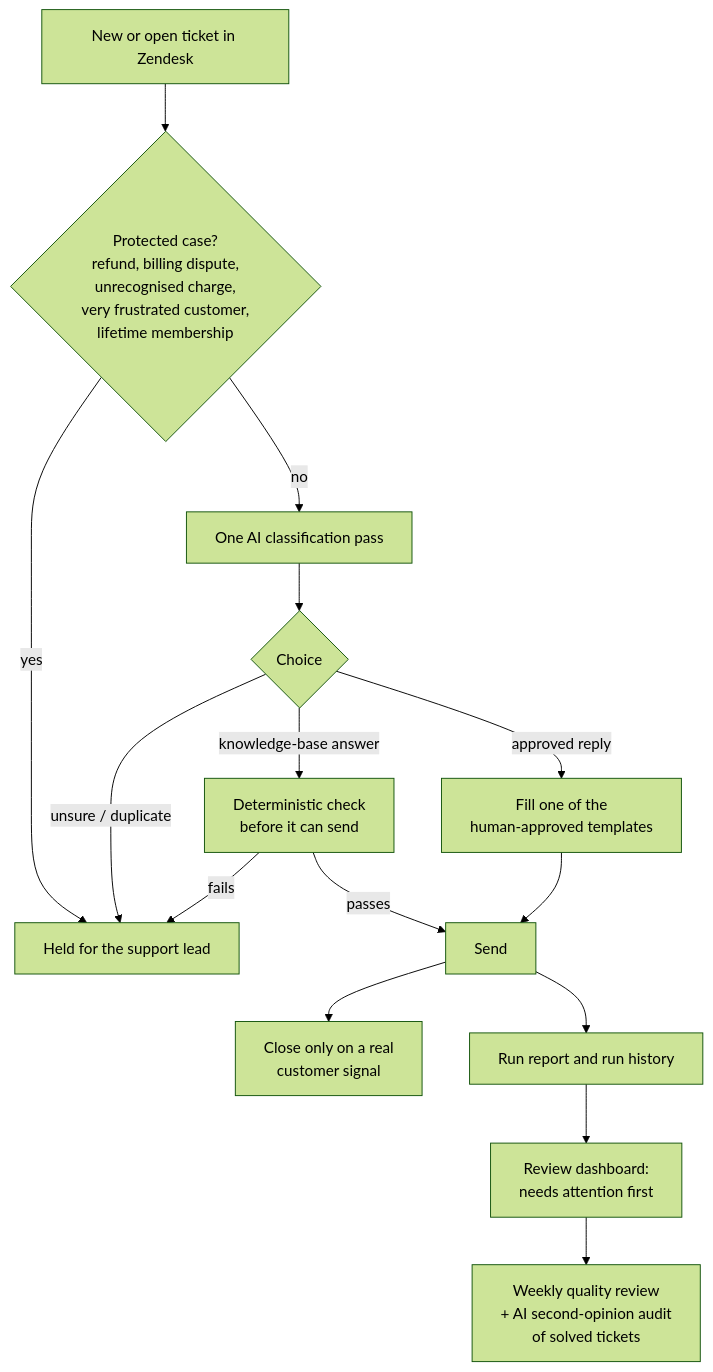
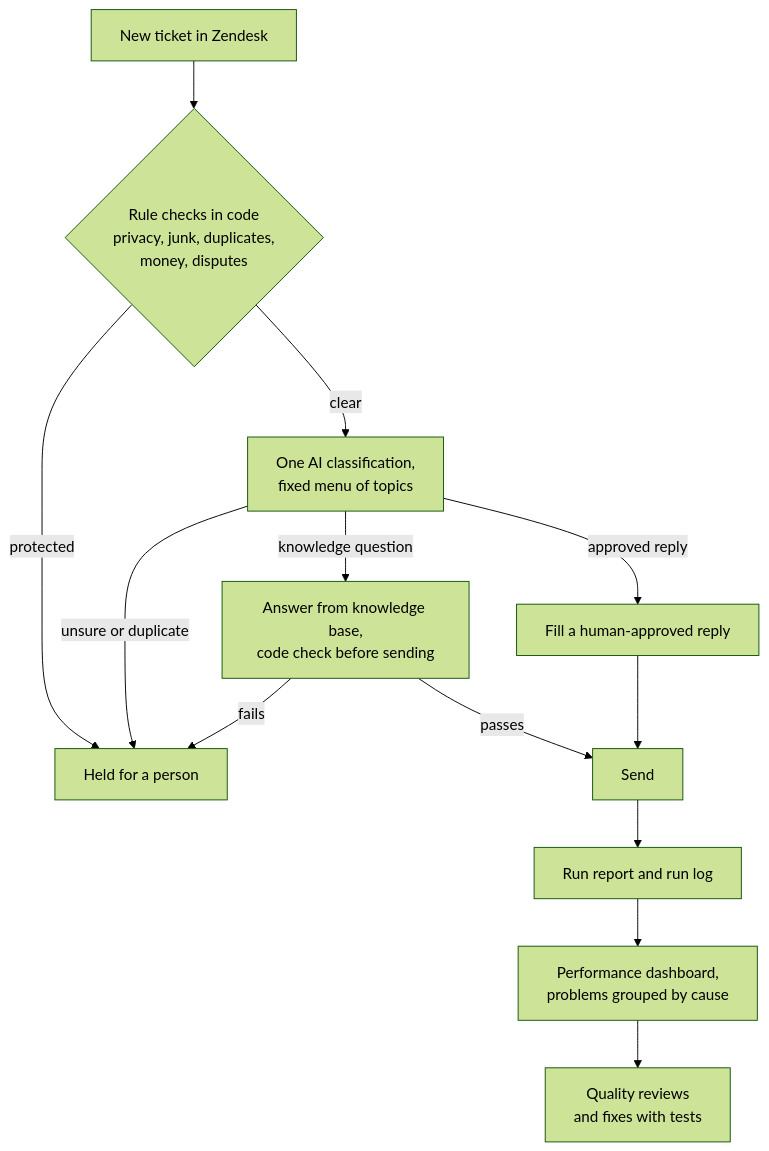
The diagram in projects/01-support-triage-automation.md (aleksandragrechuta-alt/ai-systems-portfolio), drawn with Mermaid (forest theme) before and after one commit. The commit also changed other lines of this file and 1 other file, not shown here.

First line of the commit message:
Support case: how it runs, what broke, audit results, numbers to 31 Oct

````diff
--- a/projects/01-support-triage-automation.md
+++ b/projects/01-support-triage-automation.md
@@ -13,17 +23,15 @@
 ```mermaid
 flowchart TD
-    T[New or open ticket in Zendesk] --> G1{Protected case?<br/>refund, billing dispute,<br/>unrecognised charge,<br/>very frustrated customer,<br/>lifetime membership}
-    G1 -- yes --> H[Held for the support lead]
-    G1 -- no --> AI[One AI classification pass]
-    AI --> C{Choice}
-    C -- approved reply --> R[Fill one of the<br/>human-approved templates]
-    C -- knowledge-base answer --> K[Deterministic check<br/>before it can send]
-    C -- unsure / duplicate --> H
+    T[New ticket in Zendesk] --> G1{Rule checks in code<br/>privacy, junk, duplicates,<br/>money, disputes}
+    G1 -- protected --> H[Held for a person]
+    G1 -- clear --> AI[One AI classification,<br/>fixed menu of topics]
+    AI -- approved reply --> R[Fill a human-approved reply]
+    AI -- knowledge question --> K[Answer from knowledge base,<br/>code check before sending]
+    AI -- unsure or duplicate --> H
     K -- fails --> H
     K -- passes --> S[Send]
     R --> S
-    S --> L[Close only on a real<br/>customer signal]
-    S --> REP[Run report and run history]
-    REP --> D[Review dashboard:<br/>needs attention first]
-    D --> Q[Weekly quality review<br/>+ AI second-opinion audit<br/>of solved tickets]
+    S --> L[Run report and run log]
+    L --> D[Performance dashboard,<br/>problems grouped by cause]
+    D --> Q[Quality reviews<br/>and fixes with tests]
 ```
````
